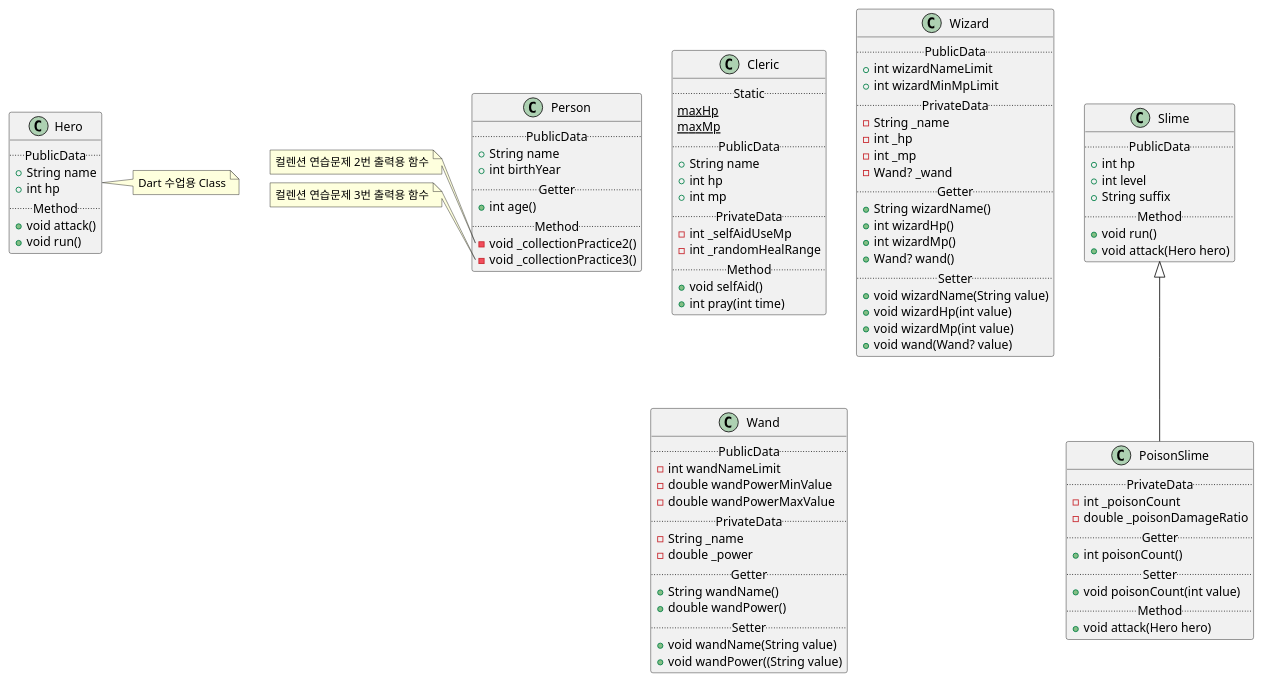
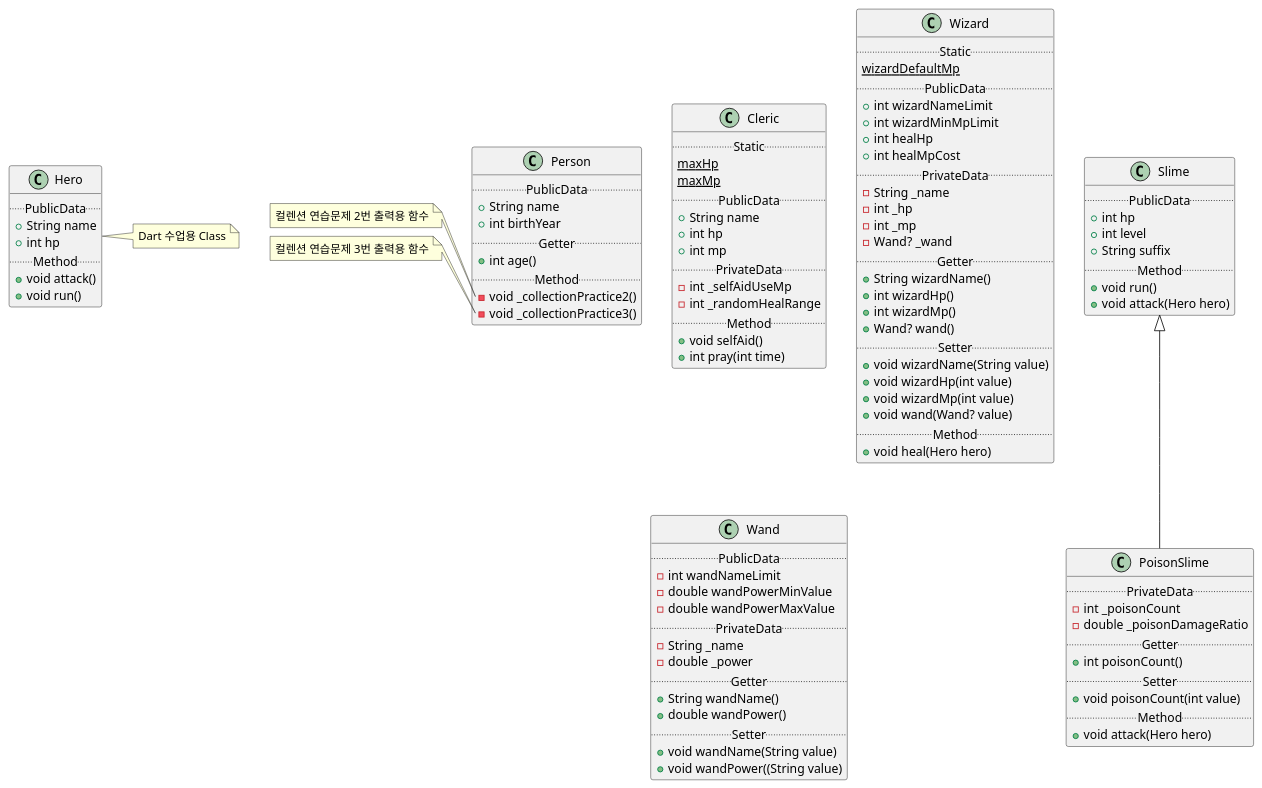
Before and after one commit to SurvivalCodingCampus/sesac7_dart_study: the diagram in lib/game.puml, drawn with PlantUML.

Commit message:
docs: game uml Wizard Class 변경사항 반영

```diff
--- a/lib/game.puml
+++ b/lib/game.puml
@@ -1,107 +1,113 @@
 @startuml
 scale 1
 class Cleric {
     ..Static..
     {static} maxHp
     {static} maxMp
     ..PublicData..
     +String name
     +int hp
     +int mp
     ..PrivateData..
     -int _selfAidUseMp
     -int _randomHealRange
     ..Method..
     +void selfAid()
     +int pray(int time)
 }
 
 class Hero {
     ..PublicData..
     +String name
     +int hp
     ..Method..
     +void attack()
     +void run()
 }
 
 class Wizard {
+    ..Static..
+    {static}wizardDefaultMp
     ..PublicData..
     +int wizardNameLimit
     +int wizardMinMpLimit
+    +int healHp
+    +int healMpCost
     ..PrivateData..
     -String _name
     -int _hp
     -int _mp
     -Wand? _wand
     ..Getter..
     +String wizardName()
     +int wizardHp()
     +int wizardMp()
     +Wand? wand()
     ..Setter..
     +void wizardName(String value)
     +void wizardHp(int value)
     +void wizardMp(int value)
     +void wand(Wand? value)
+    ..Method..
+    +void heal(Hero hero)
 }
 
 class Wand {
     ..PublicData..
     -int wandNameLimit
     -double wandPowerMinValue
     -double wandPowerMaxValue
     ..PrivateData..
     -String _name
     -double _power
     ..Getter..
     +String wandName()
     +double wandPower()
     ..Setter..
     +void wandName(String value)
     +void wandPower((String value)
 }
 
 class Person {
     ..PublicData..
     +String name
     +int birthYear
     ..Getter..
     +int age()
     ..Method..
     -void _collectionPractice2()
     -void _collectionPractice3()
 }
 
 class Slime {
     ..PublicData..
     +int hp
     +int level
     +String suffix
     ..Method..
     +void run()
     +void attack(Hero hero)
 }
 
 class PoisonSlime extends Slime {
     ..PrivateData..
     -int _poisonCount
     -double _poisonDamageRatio
     ..Getter..
     +int poisonCount()
     ..Setter..
     +void poisonCount(int value)
     ..Method..
     +void attack(Hero hero)
 }
 
 note right of Hero
     Dart 수업용 Class
 end note
 note left of Person::_collectionPractice2
     컬렌션 연습문제 2번 출력용 함수
 end note
 note left of Person::_collectionPractice3
     컬렌션 연습문제 3번 출력용 함수
 end note
 @enduml
```
